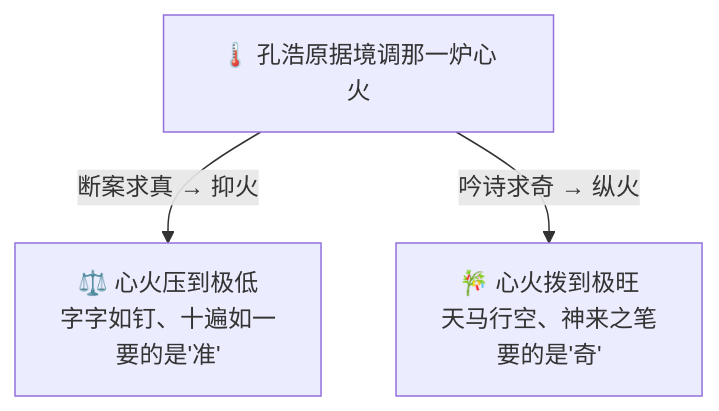
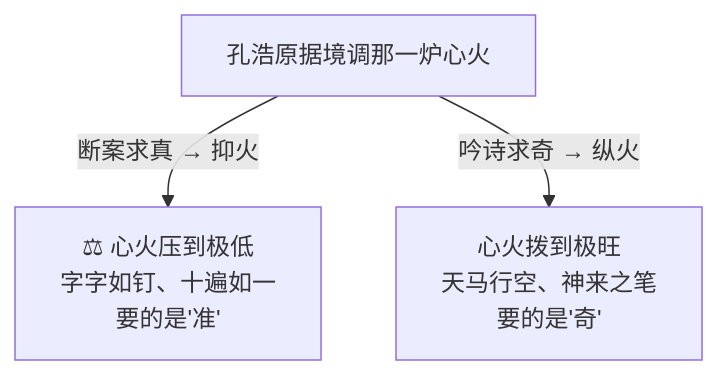
One commit to luckykhy/KhyAiHub changed the third of 3 diagrams in docs/09_STORY_修仙学AI/STORY-番外/[STORY-番外-114] 番外15·火候心诀·随机造化.md. Above: the diagram before and after it, drawn with Mermaid. The commit also changed other lines of this file and 19 other files, not shown here.

````diff
--- a/docs/09_STORY_修仙学AI/STORY-番外/[STORY-番外-114] 番外15·火候心诀·随机造化.md
+++ b/docs/09_STORY_修仙学AI/STORY-番外/[STORY-番外-114] 番外15·火候心诀·随机造化.md
@@ -96,6 +96,6 @@
 ```mermaid
 flowchart TB
-  HEART["🌡️ 孔浩原据境调那一炉心火"]
-  HEART -->|"断案求真 → 抑火"| LAW["⚖️ 心火压到极低<br/>字字如钉、十遍如一<br/>要的是'准'"]
-  HEART -->|"吟诗求奇 → 纵火"| POEM["🎋 心火拨到极旺<br/>天马行空、神来之笔<br/>要的是'奇'"]
+  HEART["孔浩原据境调那一炉心火"]
+  HEART -->|"断案求真 → 抑火"| LAW["⚖ 心火压到极低<br/>字字如钉、十遍如一<br/>要的是'准'"]
+  HEART -->|"吟诗求奇 → 纵火"| POEM["心火拨到极旺<br/>天马行空、神来之笔<br/>要的是'奇'"]
 ```
````
